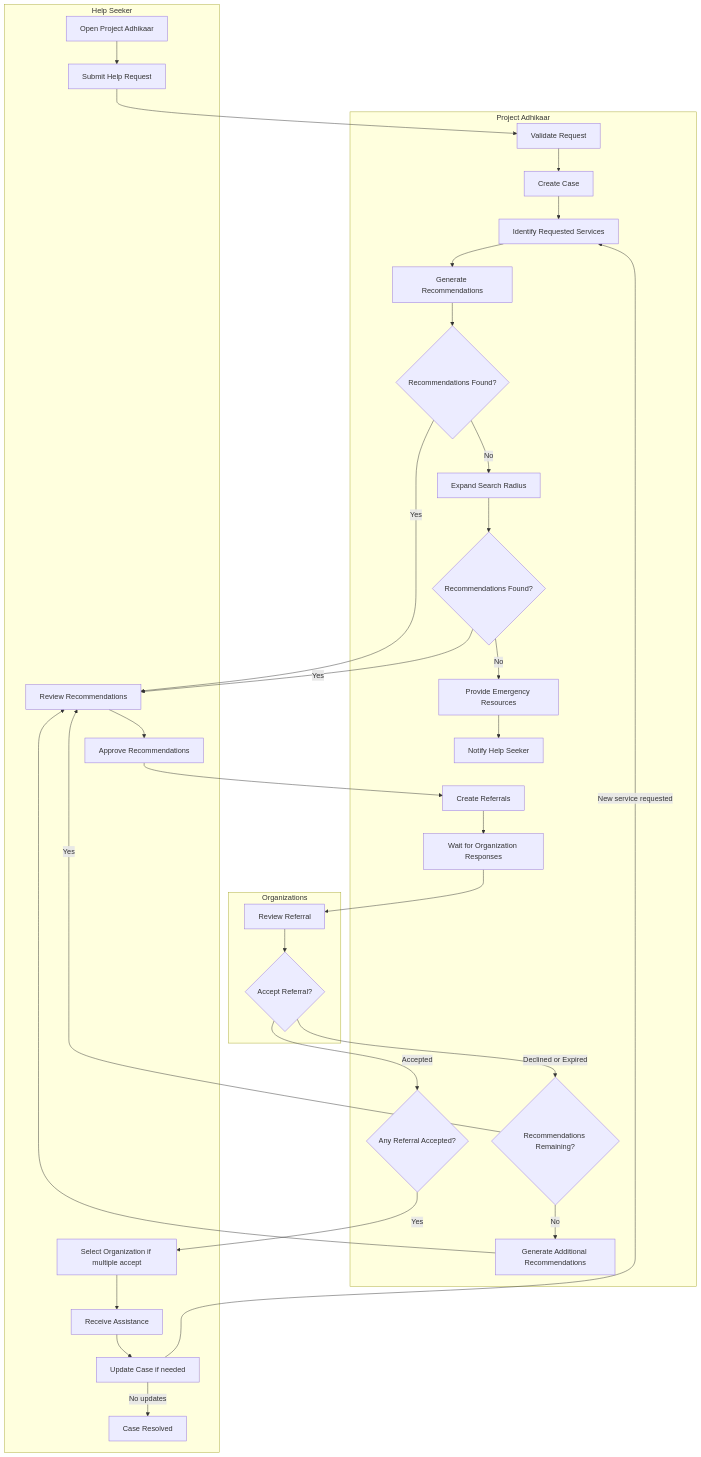
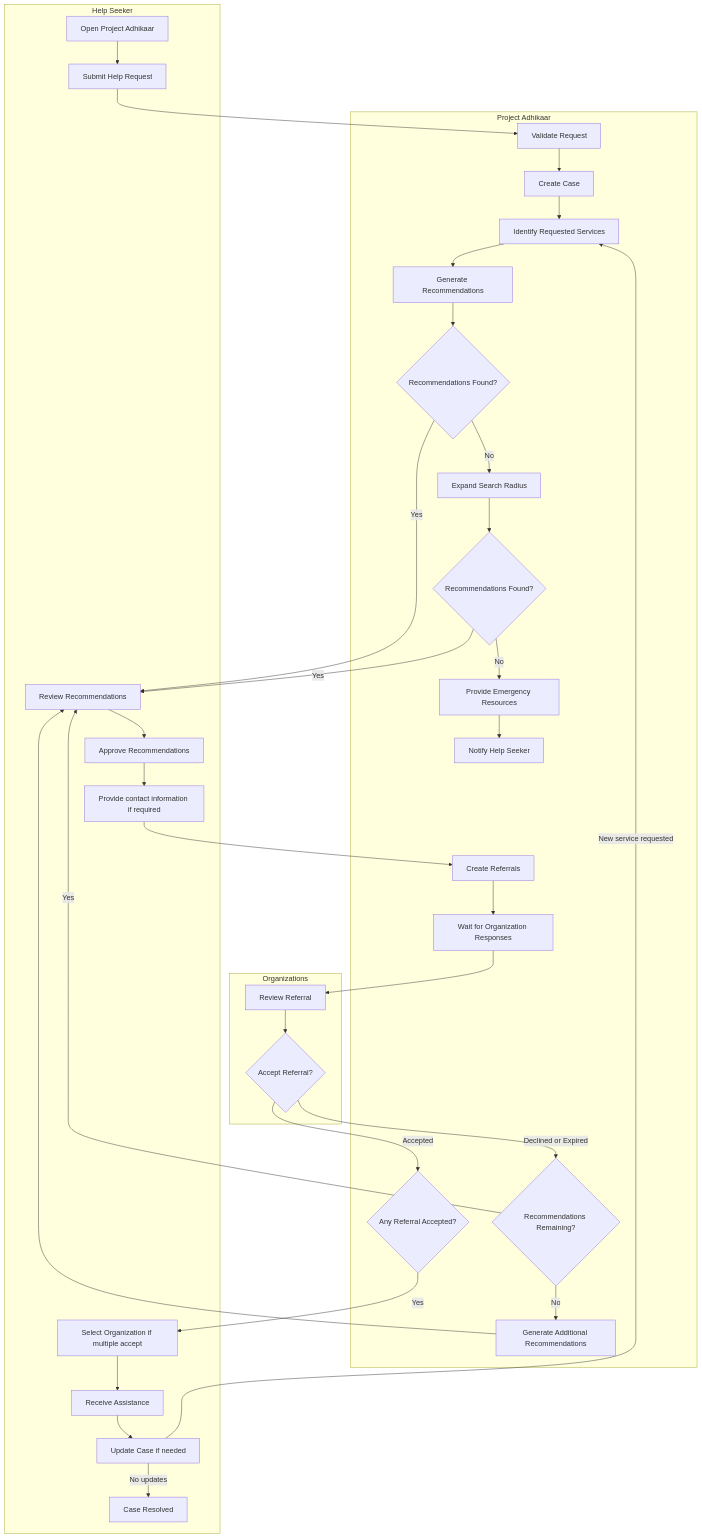
Before and after one commit to mona-raj/project-adhikaar: the second of 4 diagrams in docs/2_Domain.md, drawn with Mermaid. The commit also changed other lines of this file and 1 other file, not shown here.

```diff
--- a/docs/2_Domain.md
+++ b/docs/2_Domain.md
@@ -86,6 +112,7 @@
 B[Submit Help Request]
 C[Review Recommendations]
 D[Approve Recommendations]
+Z[Provide contact information if required]
 E[Select Organization if multiple accept]
 F[Receive Assistance]
 G[Update Case if needed]
@@ -154,7 +181,8 @@
 %% User Approval
 
 C --> D
-D --> R
+D --> Z
+Z --> R
 
 %% =========================
 %% Referral Process
```
